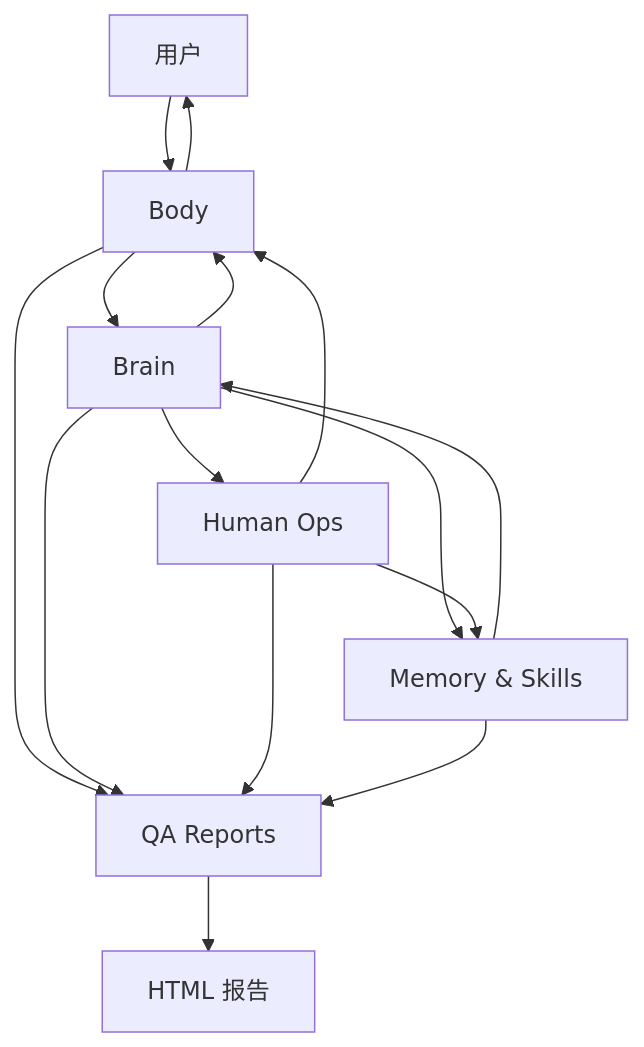
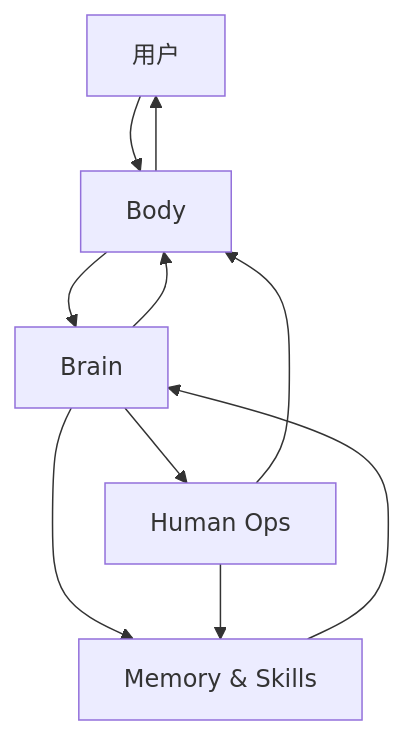
The diagram in docs/architecture_ZH.md (pacoman-258/Ipet), drawn with Mermaid before and after one commit. The commit also changed other lines of this file and 94 other files, not shown here.

````diff
--- a/docs/architecture_ZH.md
+++ b/docs/architecture_ZH.md
@@ -18,17 +18,12 @@
 ```mermaid
 flowchart TD
     User[用户] --> Body[Body]
     Body --> Brain[Brain]
     Brain --> Body
     Brain --> HumanOps[Human Ops]
     Brain --> MemorySkills[Memory & Skills]
     HumanOps --> Body
     HumanOps --> MemorySkills
     MemorySkills --> Brain
     Body --> User
-    QA[QA Reports] --> Docs[HTML 报告]
-    Body --> QA
-    Brain --> QA
-    HumanOps --> QA
-    MemorySkills --> QA
 ```
````
